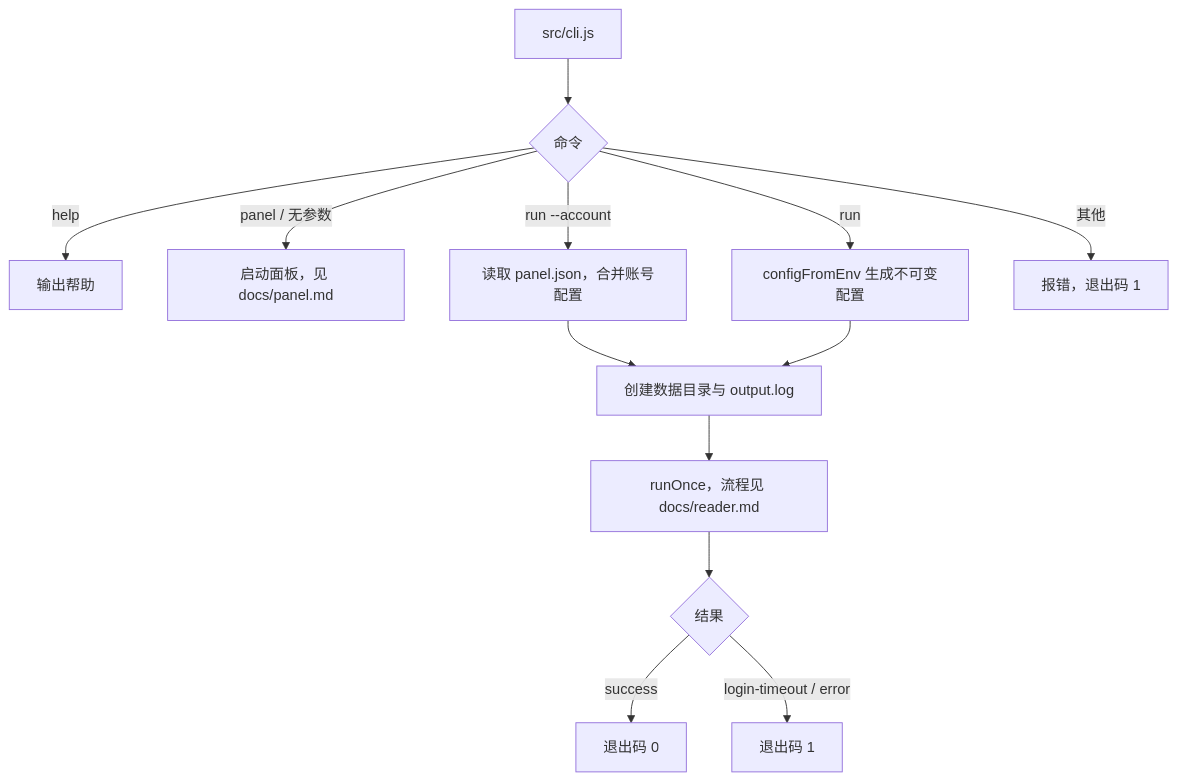
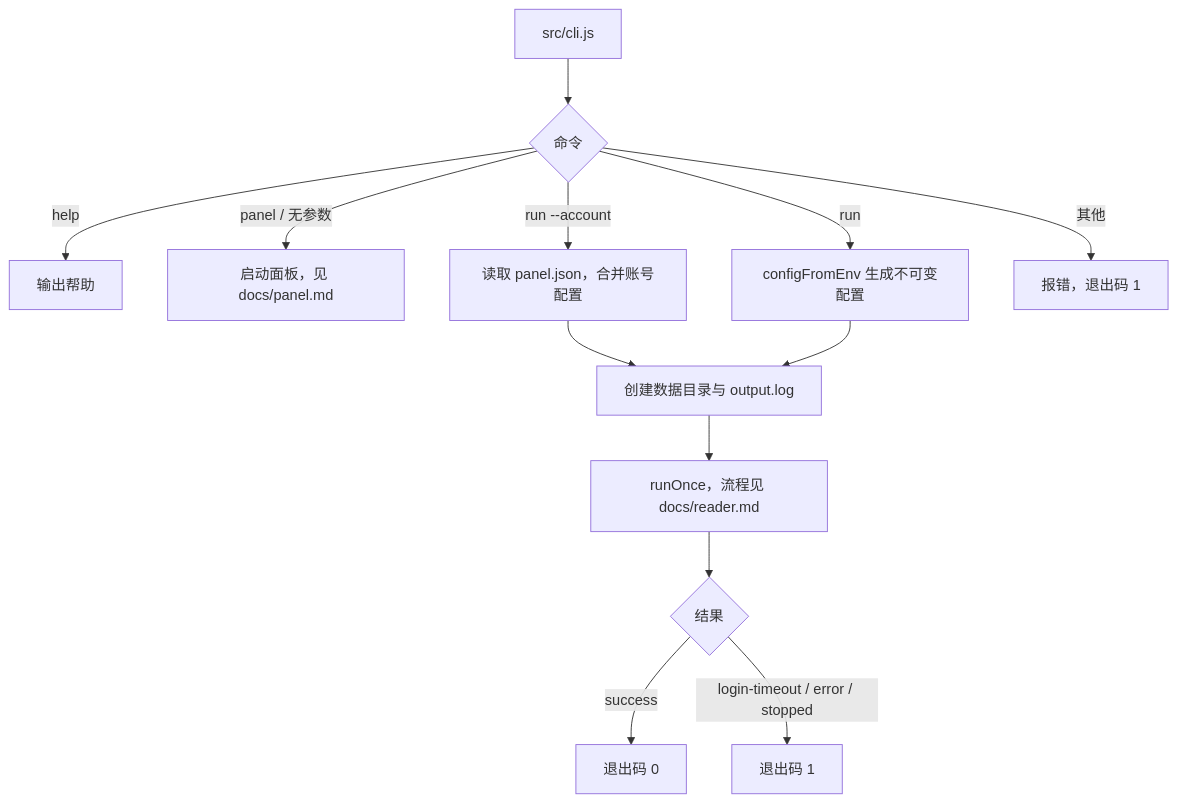
One commit to lonemoonspace/Weread-Assistant changed the diagram in docs/cli.md. Above: the diagram before and after it, drawn with Mermaid. The commit also changed other lines of this file and 24 other files, not shown here.

````diff
--- a/docs/cli.md
+++ b/docs/cli.md
@@ -37,15 +37,15 @@
 ```mermaid
 flowchart TD
   A[src/cli.js] --> B{命令}
   B -->|help| C[输出帮助]
   B -->|panel / 无参数| P[启动面板，见 docs/panel.md]
   B -->|run --account| A2[读取 panel.json，合并账号配置]
   A2 --> E
   B -->|run| D[configFromEnv 生成不可变配置]
   D --> E[创建数据目录与 output.log]
   E --> F[runOnce，流程见 docs/reader.md]
   F --> K{结果}
   K -->|success| M[退出码 0]
-  K -->|login-timeout / error| N[退出码 1]
+  K -->|login-timeout / error / stopped| N[退出码 1]
   B -->|其他| L[报错，退出码 1]
 ```
````
